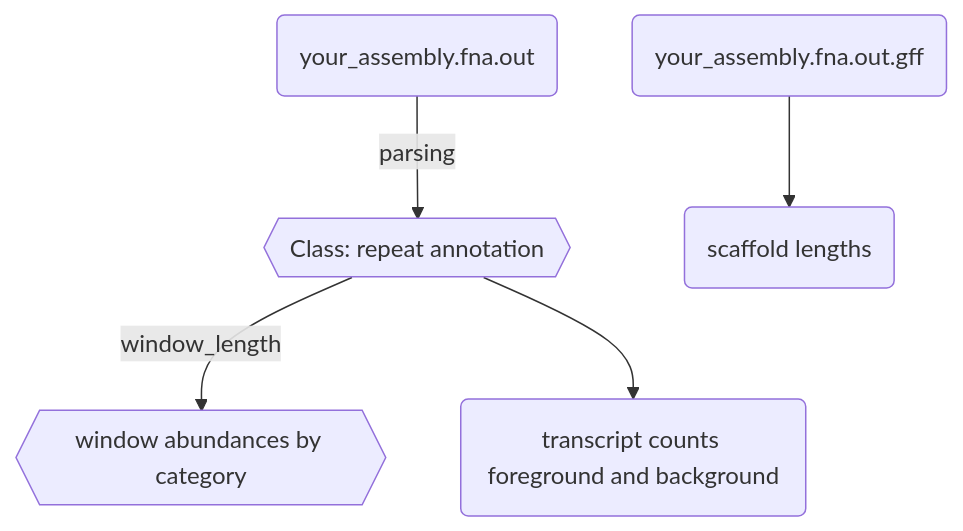
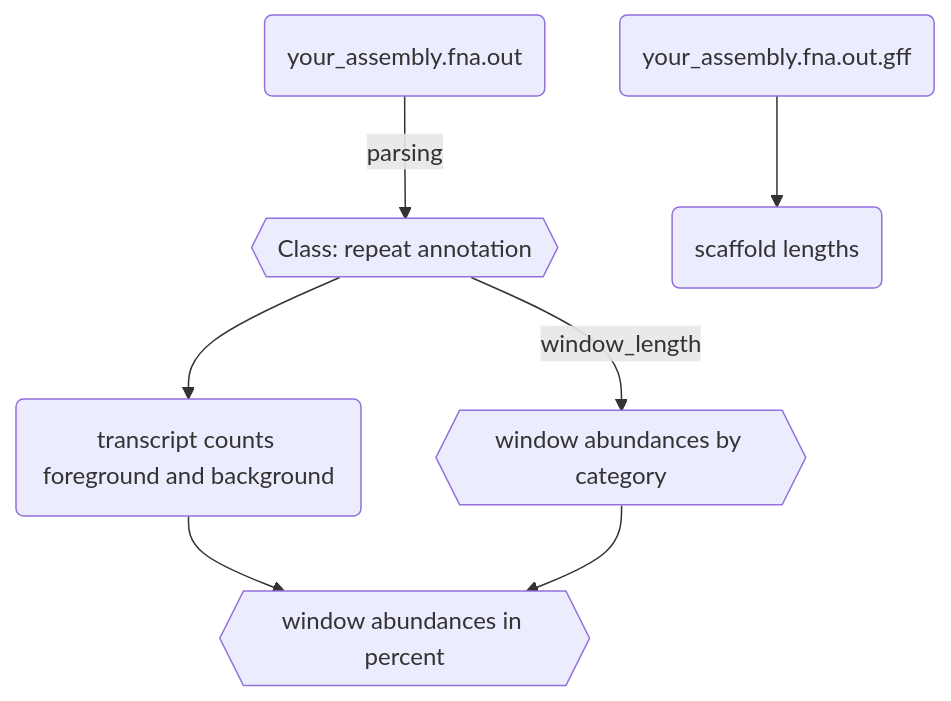
Before and after one commit to milena-t/ReVis: the diagram in README.md, drawn with Mermaid.

Commit message:
more mermaid

````diff
--- a/README.md
+++ b/README.md
@@ -68,9 +68,11 @@
 ```mermaid
 graph TD;
     infile_out(your_assembly.fna.out);
     infile_out -- parsing --> rep_annot{{Class: repeat annotation}};
     rep_annot -- window_length --> win_ab{{window abundances by category}};
-    rep_annot --> tr_num(transcript counts foreground and background);
+    rep_annot --> tr_count(transcript counts foreground and background);
+    tr_count --> win_prop{{window abundances in percent}}
+    win_ab --> win_prop
     infile_gff(your_assembly.fna.out.gff);
     infile_gff --> contig_coords(scaffold lengths);
 ```   
````
